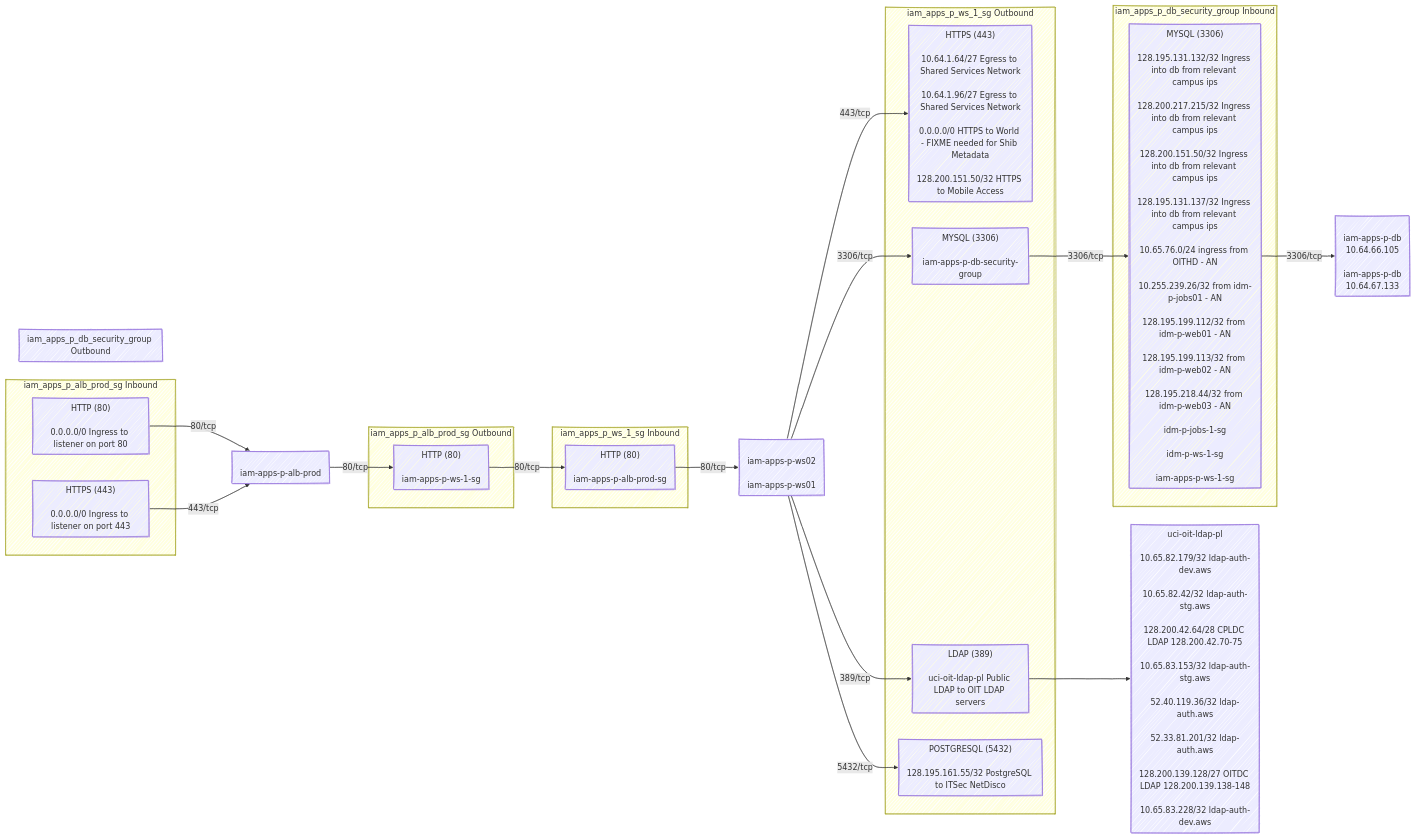
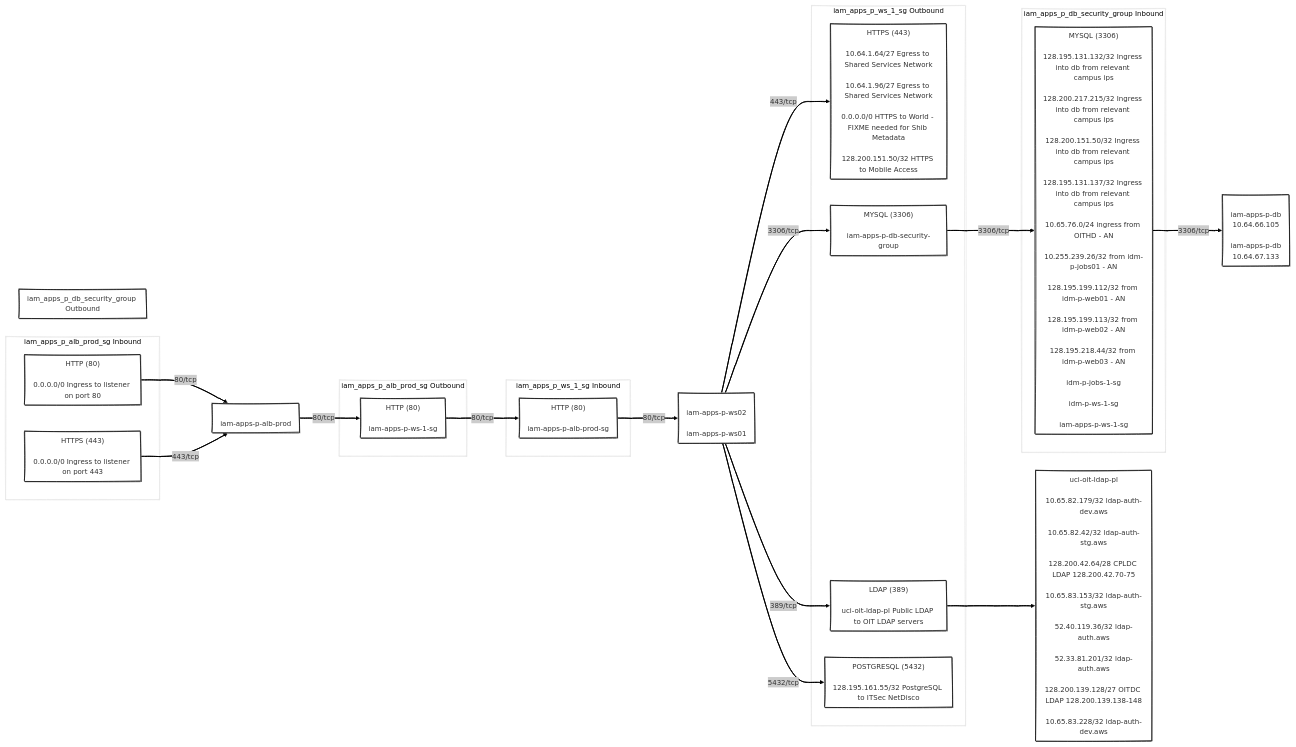
Before and after one commit to dwatanab-uci/diagrams: the second of 2 diagrams in iam-apps.md, drawn with Mermaid.

Commit message:
Add 'neo' theme to mermaid configuration

```diff
--- a/iam-apps.md
+++ b/iam-apps.md
@@ -5,6 +5,7 @@
 ---
 config:
   layout: dagre
+  theme: neo
   look: handDrawn
 ---
 
```
